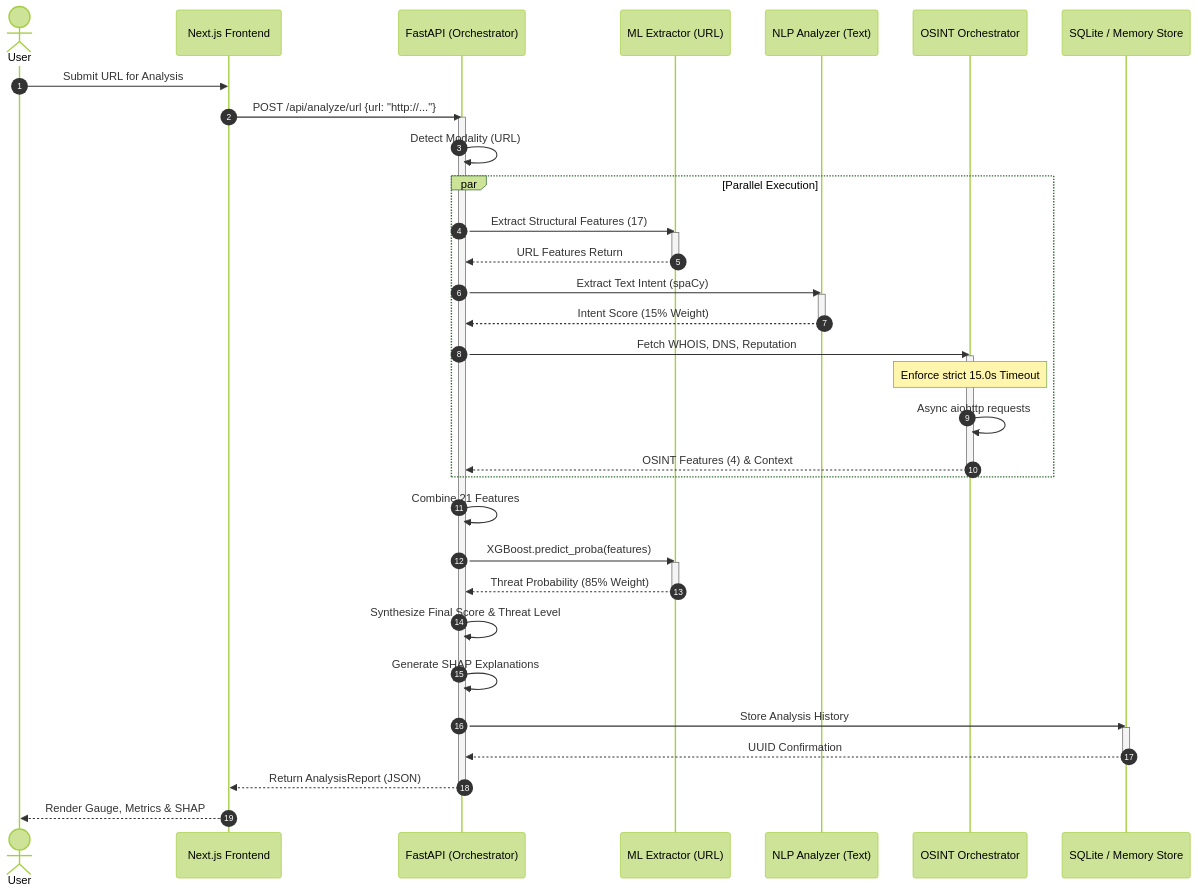
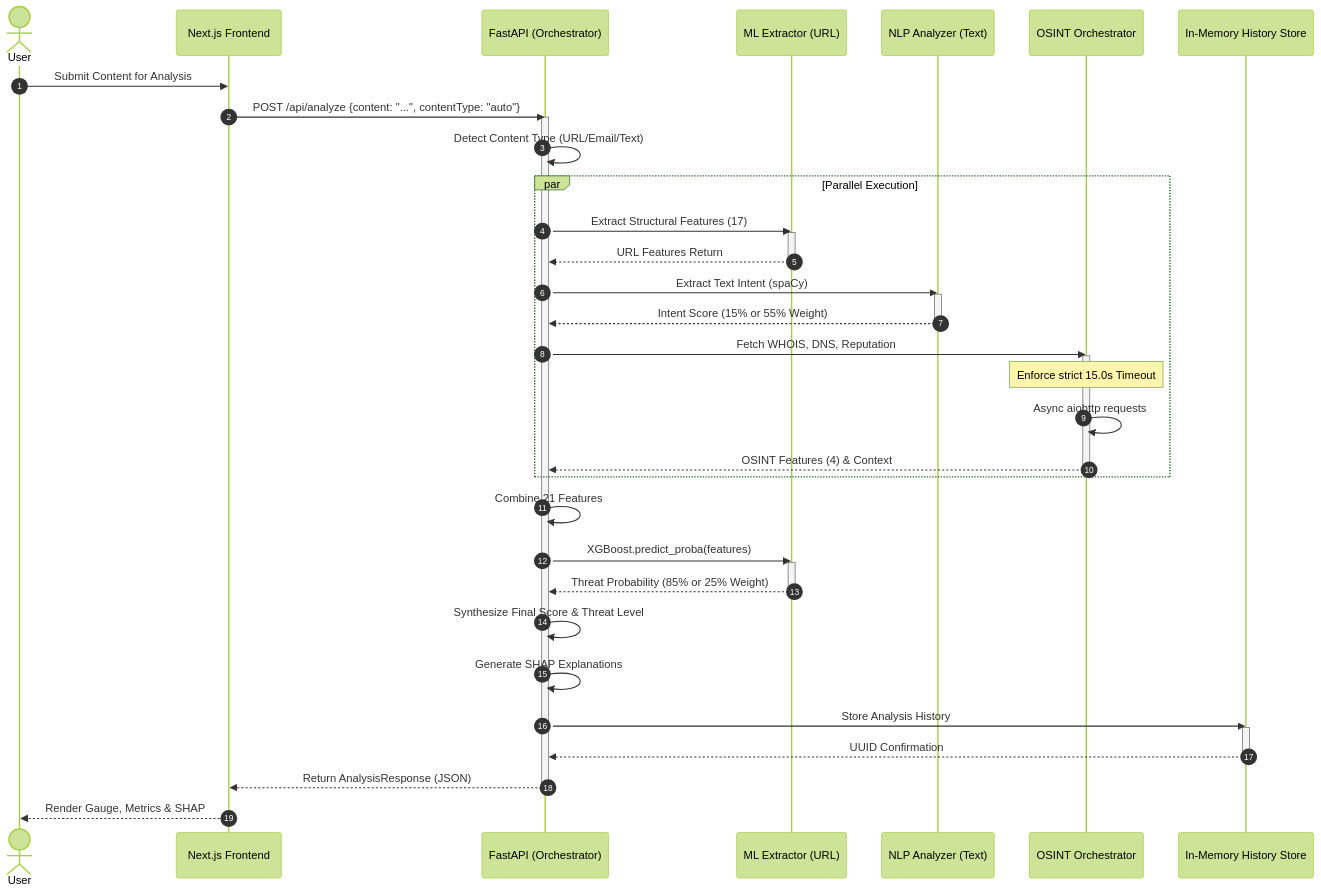
The diagram in docs/diagrams/mermaid/sequence-diagram.mmd (ELTE-DSED/phishing-detection-osint), drawn with Mermaid (forest theme) before and after one commit. The commit also changed 8 other files, not shown here.

```diff
--- a/docs/diagrams/mermaid/sequence-diagram.mmd
+++ b/docs/diagrams/mermaid/sequence-diagram.mmd
@@ -1,53 +1,53 @@
 sequenceDiagram
     autonumber
     actor User
     participant Browser as Next.js Frontend
     participant API as FastAPI (Orchestrator)
     participant ML_Pipe as ML Extractor (URL)
     participant NLP_Pipe as NLP Analyzer (Text)
     participant OSINT as OSINT Orchestrator
-    participant DB as SQLite / Memory Store
+    participant DB as In-Memory History Store
     
-    User->>Browser: Submit URL for Analysis
-    Browser->>API: POST /api/analyze/url {url: "http://..."}
+    User->>Browser: Submit Content for Analysis
+    Browser->>API: POST /api/analyze {content: "...", contentType: "auto"}
     
     activate API
-    API->>API: Detect Modality (URL)
+    API->>API: Detect Content Type (URL/Email/Text)
     
     par Parallel Execution
         API->>ML_Pipe: Extract Structural Features (17)
         activate ML_Pipe
         ML_Pipe-->>API: URL Features Return
         deactivate ML_Pipe
         
         API->>NLP_Pipe: Extract Text Intent (spaCy)
         activate NLP_Pipe
-        NLP_Pipe-->>API: Intent Score (15% Weight)
+        NLP_Pipe-->>API: Intent Score (15% or 55% Weight)
         deactivate NLP_Pipe
         
         API->>OSINT: Fetch WHOIS, DNS, Reputation
         activate OSINT
         Note over OSINT: Enforce strict 15.0s Timeout
         OSINT->>OSINT: Async aiohttp requests
         OSINT-->>API: OSINT Features (4) & Context
         deactivate OSINT
     end
     
     API->>API: Combine 21 Features
     API->>ML_Pipe: XGBoost.predict_proba(features)
     activate ML_Pipe
-    ML_Pipe-->>API: Threat Probability (85% Weight)
+    ML_Pipe-->>API: Threat Probability (85% or 25% Weight)
     deactivate ML_Pipe
     
     API->>API: Synthesize Final Score & Threat Level
     API->>API: Generate SHAP Explanations
     
     API->>DB: Store Analysis History
     activate DB
     DB-->>API: UUID Confirmation
     deactivate DB
     
-    API-->>Browser: Return AnalysisReport (JSON)
+    API-->>Browser: Return AnalysisResponse (JSON)
     deactivate API
     
     Browser-->>User: Render Gauge, Metrics & SHAP
```
